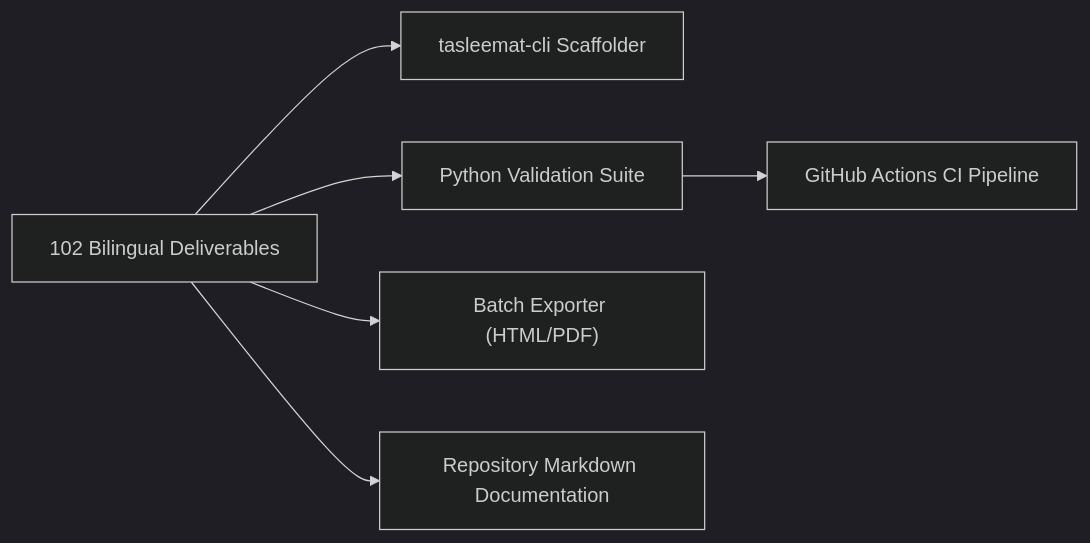
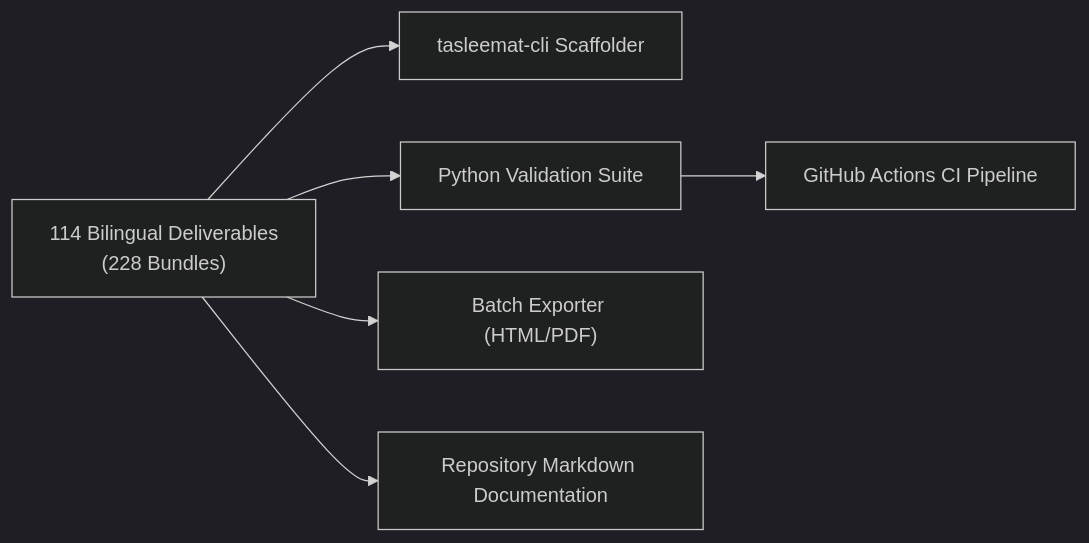
Before and after one commit to fakhruldeen/Tasleemat: the diagram in docs/en/11_tools_and_automation.md, drawn with Mermaid (dark theme). The commit also changed other lines of this file and 48 other files, not shown here.

````diff
--- a/docs/en/11_tools_and_automation.md
+++ b/docs/en/11_tools_and_automation.md
@@ -34,8 +34,8 @@
 ```mermaid
 flowchart LR
-    A["102 Bilingual Deliverables"] --> B["tasleemat-cli Scaffolder"]
+    A["114 Bilingual Deliverables<br/>(228 Bundles)"] --> B["tasleemat-cli Scaffolder"]
     A --> C["Python Validation Suite"]
     C --> D["GitHub Actions CI Pipeline"]
     A --> E["Batch Exporter (HTML/PDF)"]
     A --> F["Repository Markdown Documentation"]
 ```
````
